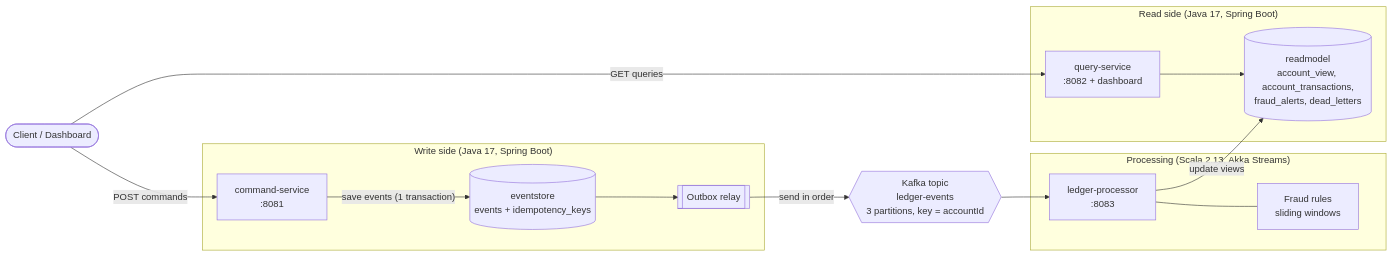
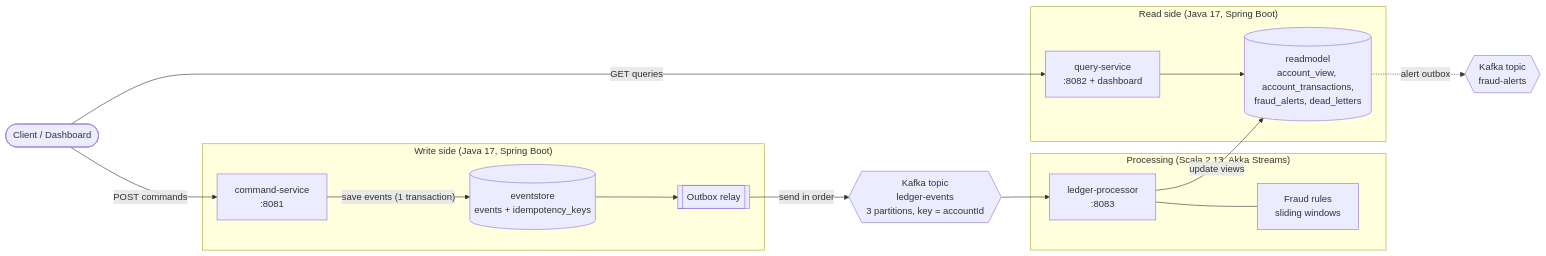
One commit to kovinaveenkumar/event-sourced-payments-ledger changed the diagram in docs/ARCHITECTURE.md. Above: the diagram before and after it, drawn with Mermaid. The commit also changed other lines of this file and 11 other files, not shown here.

First line of the commit message:
Publish fraud alerts to their own Kafka topic

````diff
--- a/docs/ARCHITECTURE.md
+++ b/docs/ARCHITECTURE.md
@@ -5,31 +5,32 @@
 ```mermaid
 flowchart LR
     client([Client / Dashboard])
 
     subgraph write["Write side (Java 17, Spring Boot)"]
         cmd[command-service<br/>:8081]
         es[(eventstore<br/>events + idempotency_keys)]
         relay[[Outbox relay]]
     end
 
     kafka{{Kafka topic<br/>ledger-events<br/>3 partitions, key = accountId}}
 
     subgraph proc["Processing (Scala 2.13, Akka Streams)"]
         lp[ledger-processor<br/>:8083]
         fraud[Fraud rules<br/>sliding windows]
     end
 
     subgraph read["Read side (Java 17, Spring Boot)"]
         rm[(readmodel<br/>account_view, account_transactions,<br/>fraud_alerts, dead_letters)]
         q[query-service<br/>:8082 + dashboard]
     end
 
     client -- "POST commands" --> cmd
     cmd -- "save events (1 transaction)" --> es
     es --> relay -- "send in order" --> kafka
     kafka --> lp
     lp --- fraud
     lp -- "update views" --> rm
+    rm -. "alert outbox" .-> alerts{{Kafka topic<br/>fraud-alerts}}
     q --> rm
     client -- "GET queries" --> q
 ```
````
